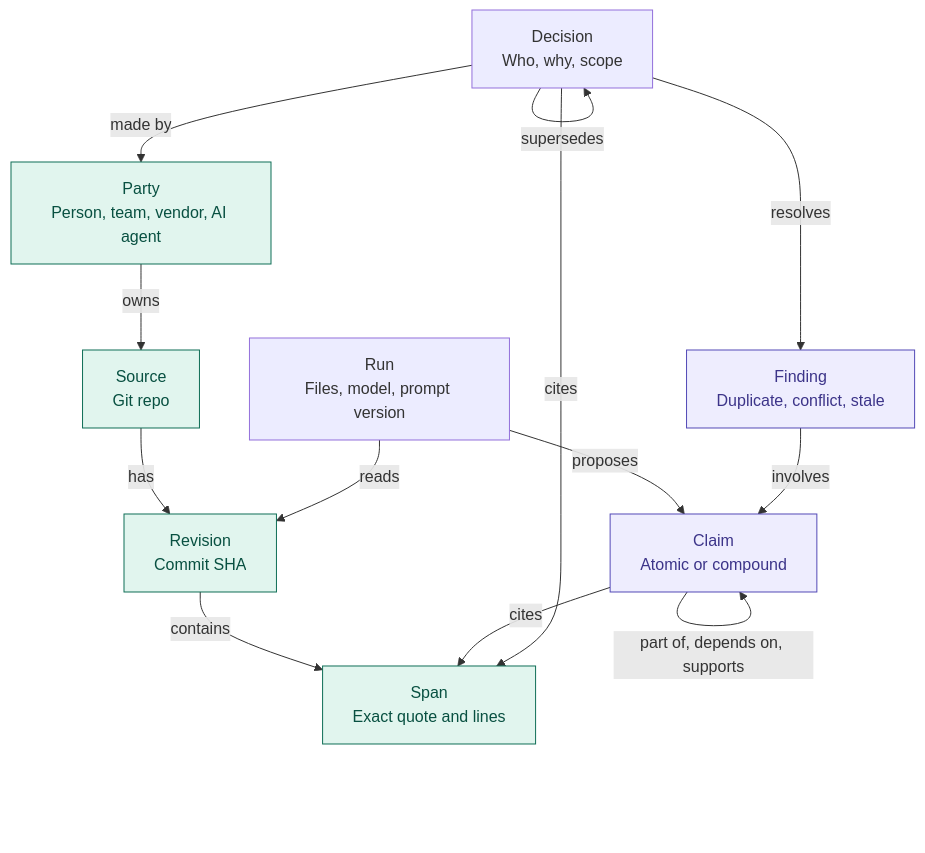
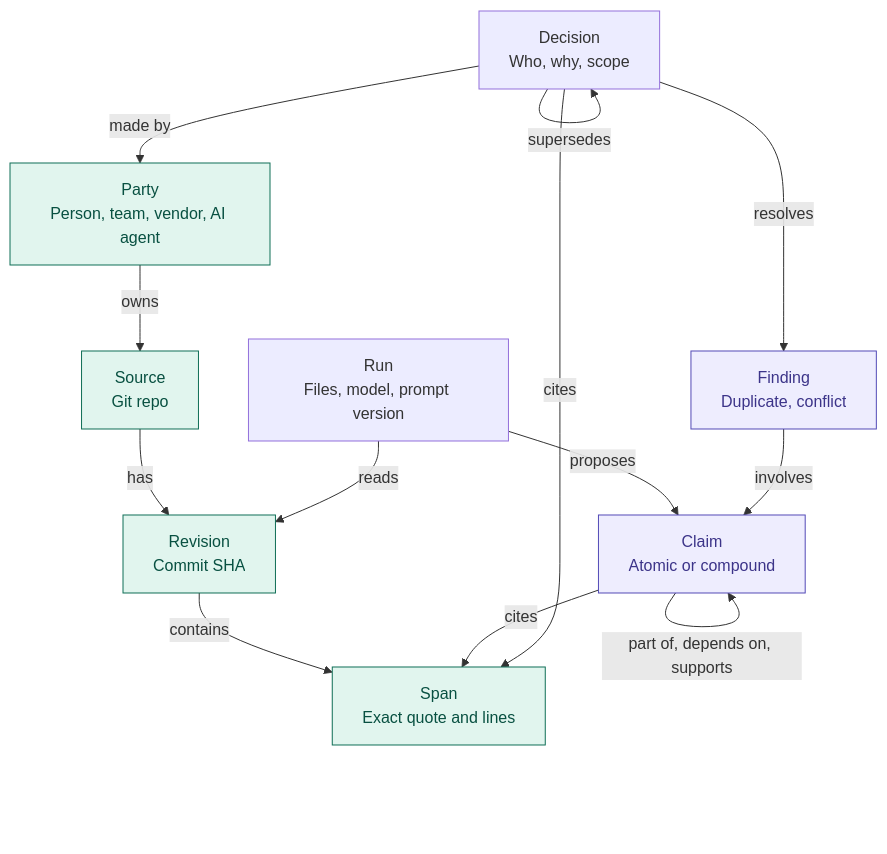
One commit to itsrachelfish/distillery changed the second of 2 diagrams in docs/mvp-plan.md. Above: the diagram before and after it, drawn with Mermaid. The commit also changed other lines of this file and 8 other files, not shown here.

Commit message:
feat: add project setup with config file and database schema steps

````diff
--- a/docs/mvp-plan.md
+++ b/docs/mvp-plan.md
@@ -93,27 +94,27 @@
 ```mermaid
 flowchart TD
     party["Party<br/>Person, team, vendor, AI agent"]
     source["Source<br/>Git repo"]
     revision["Revision<br/>Commit SHA"]
     span["Span<br/>Exact quote and lines"]
     run["Run<br/>Files, model, prompt version"]
     claim["Claim<br/>Atomic or compound"]
-    finding["Finding<br/>Duplicate, conflict, stale"]
+    finding["Finding<br/>Duplicate, conflict"]
     decision["Decision<br/>Who, why, scope"]
     party -->|owns| source
     source -->|has| revision
     revision -->|contains| span
     run -->|reads| revision
     run -->|proposes| claim
     claim -->|cites| span
     claim -->|part of, depends on, supports| claim
     finding -->|involves| claim
     decision -->|resolves| finding
     decision -->|cites| span
     decision -->|made by| party
     decision -->|supersedes| decision
     classDef ev fill:#E1F5EE,stroke:#0F6E56,color:#085041
     classDef llm fill:#EEEDFE,stroke:#534AB7,color:#3C3489
     class party,source,revision,span ev
     class claim,finding llm
 ```
````
